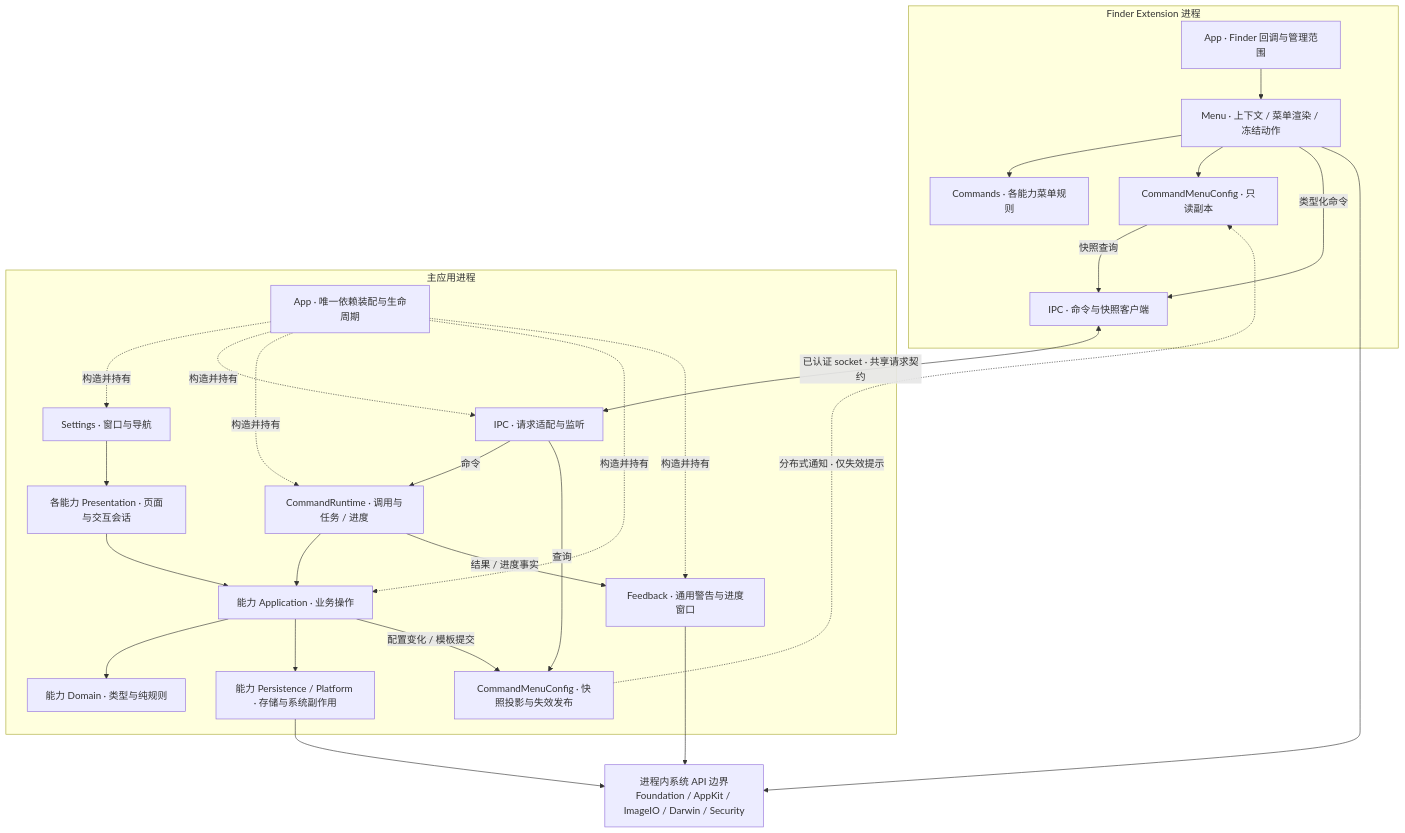
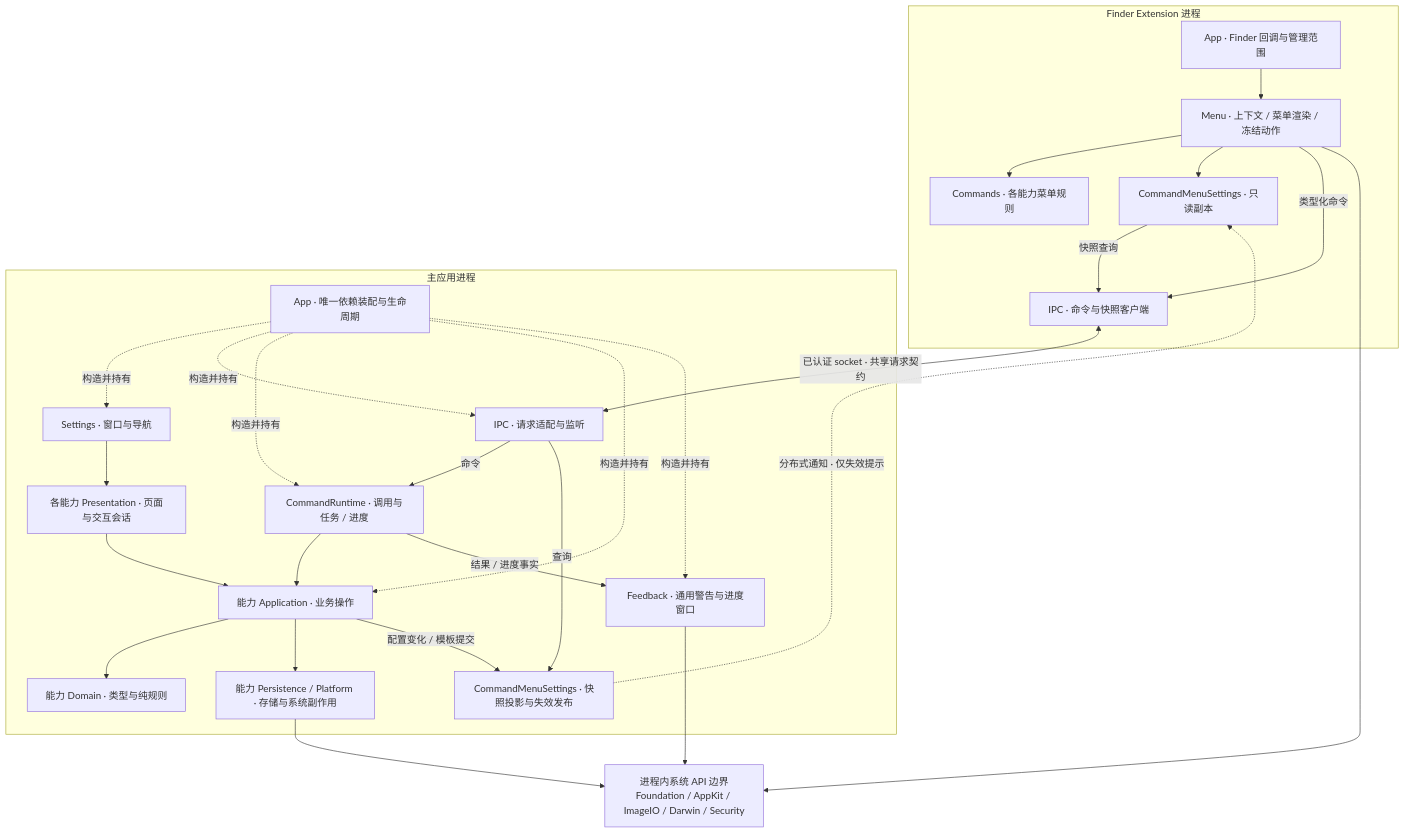
One commit to tlb-22/mac-tool-ecmenu changed the diagram in spec/Technical/Architecture/Main.md. Above: the diagram before and after it, drawn with Mermaid. The commit also changed other lines of this file and 80 other files, not shown here.

````diff
--- a/spec/Technical/Architecture/Main.md
+++ b/spec/Technical/Architecture/Main.md
@@ -7,41 +7,41 @@
 ```mermaid
 flowchart TB
     subgraph ext[Finder Extension 进程]
         finder[App · Finder 回调与管理范围]
         menu[Menu · 上下文 / 菜单渲染 / 冻结动作]
         rules[Commands · 各能力菜单规则]
-        replica[CommandMenuConfig · 只读副本]
+        replica[CommandMenuSettings · 只读副本]
         client[IPC · 命令与快照客户端]
         finder --> menu
         menu --> rules
         menu --> replica
         menu -->|类型化命令| client
         replica -->|快照查询| client
     end
     subgraph app[主应用进程]
         composition[App · 唯一依赖装配与生命周期]
         shell[Settings · 窗口与导航]
         pages[各能力 Presentation · 页面与交互会话]
         server[IPC · 请求适配与监听]
         runtime[CommandRuntime · 调用与任务 / 进度]
         operations[能力 Application · 业务操作]
         domain[能力 Domain · 类型与纯规则]
         adapters[能力 Persistence / Platform · 存储与系统副作用]
         feedback[Feedback · 通用警告与进度窗口]
-        snapshot[CommandMenuConfig · 快照投影与失效发布]
+        snapshot[CommandMenuSettings · 快照投影与失效发布]
         composition -.->|构造并持有| shell & server & runtime & operations & feedback
         shell --> pages --> operations
         server -->|命令| runtime --> operations
         server -->|查询| snapshot
         operations --> domain
         operations --> adapters
         runtime -->|结果 / 进度事实| feedback
         operations -->|配置变化 / 模板提交| snapshot
     end
     client <-->|已认证 socket · 共享请求契约| server
     snapshot -.->|分布式通知 · 仅失效提示| replica
     sdk[进程内系统 API 边界<br/>Foundation / AppKit / ImageIO / Darwin / Security]
     adapters --> sdk
     menu --> sdk
     feedback --> sdk
 ```
````
